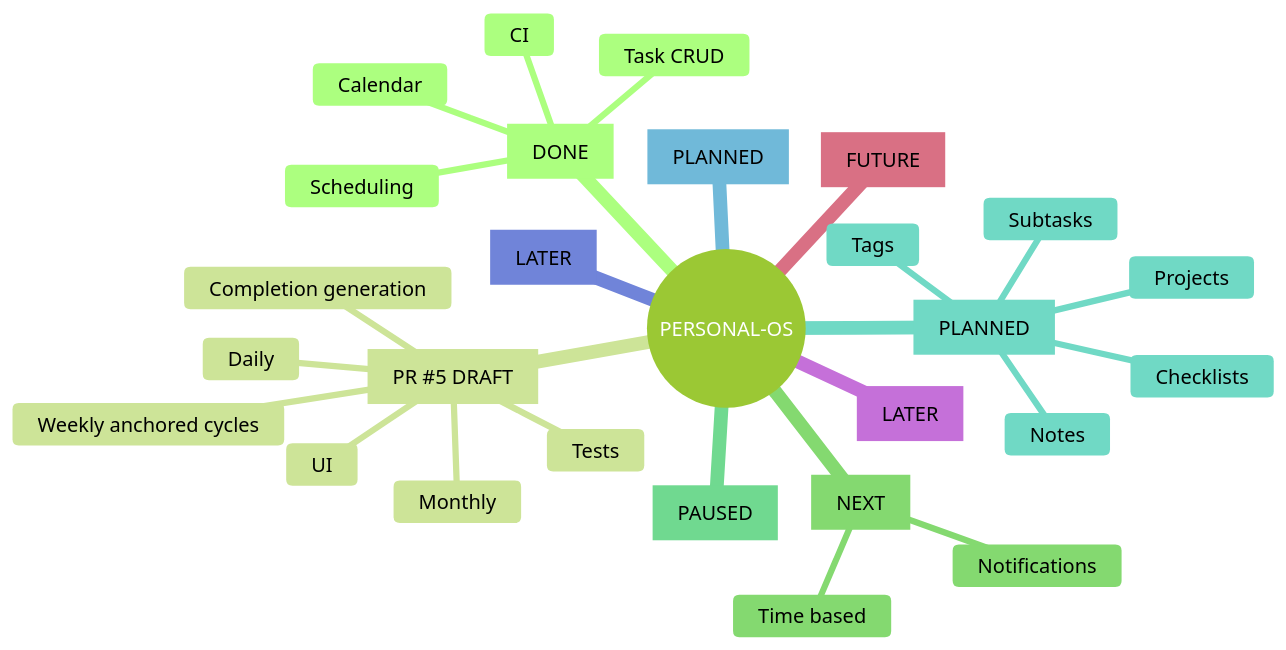
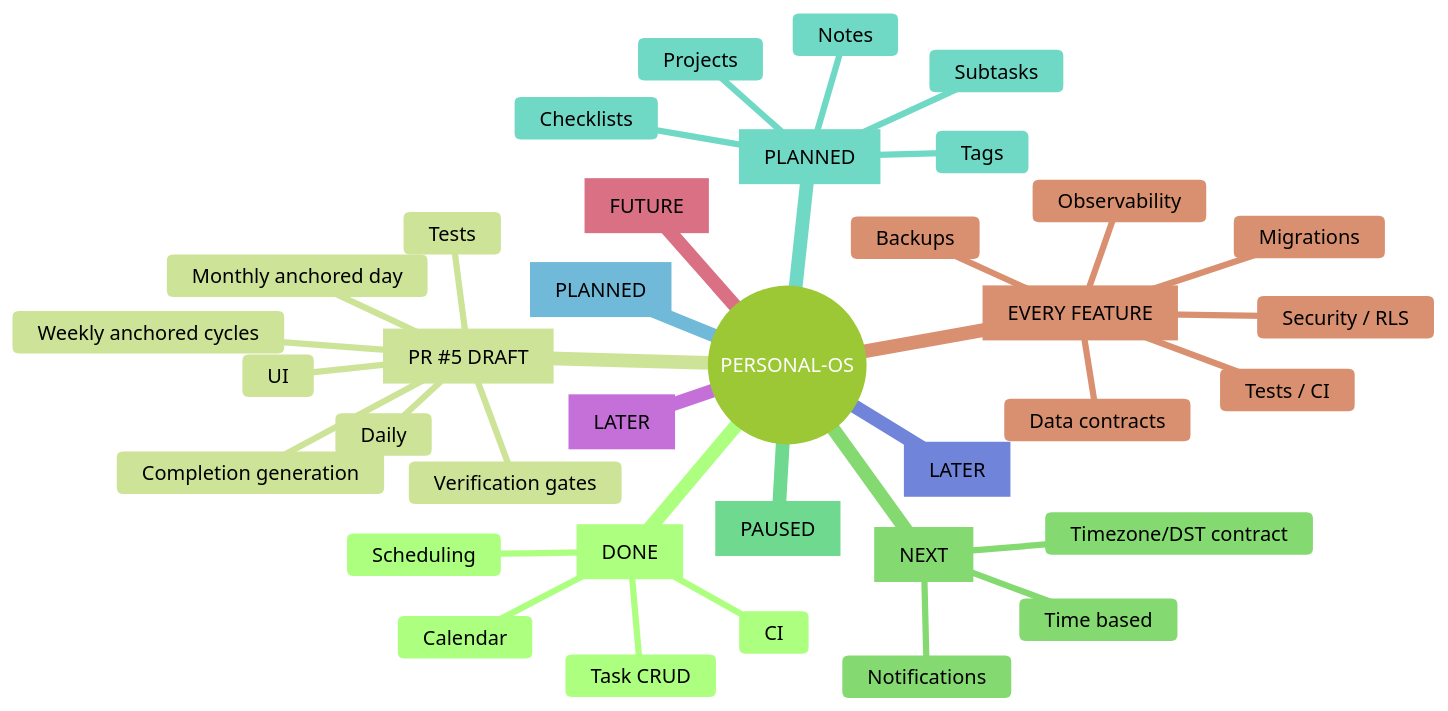
The diagram in PROJECT_STATE.md (mohith-krishnaa/personal-os), drawn with Mermaid (forest theme) before and after one commit. The commit also changed other lines of this file, not shown here.

Commit message:
docs: checkpoint recurrence anchor fix and verification state

````diff
--- a/PROJECT_STATE.md
+++ b/PROJECT_STATE.md
@@ -134,30 +141,39 @@
 ```mermaid
 mindmap
   root((PERSONAL-OS))
     Core Productivity [DONE]
       Task CRUD
       Scheduling
       Calendar
       CI
     Recurring Tasks V1 [PR #5 DRAFT]
       Daily
       Weekly anchored cycles
-      Monthly
+      Monthly anchored day
       Completion generation
       Tests
       UI
+      Verification gates
     Reminders V1 [NEXT]
       Time based
       Notifications
+      Timezone/DST contract
     Progress & Streaks [PAUSED]
     Organization [PLANNED]
       Projects
       Subtasks
       Checklists
       Notes
       Tags
     Analytics [PLANNED]
     AI Assistant [LATER]
     Research Agent [LATER]
     Adaptive Scheduling [FUTURE]
+    Quality Gates [EVERY FEATURE]
+      Security / RLS
+      Tests / CI
+      Data contracts
+      Migrations
+      Observability
+      Backups
 ```
````
